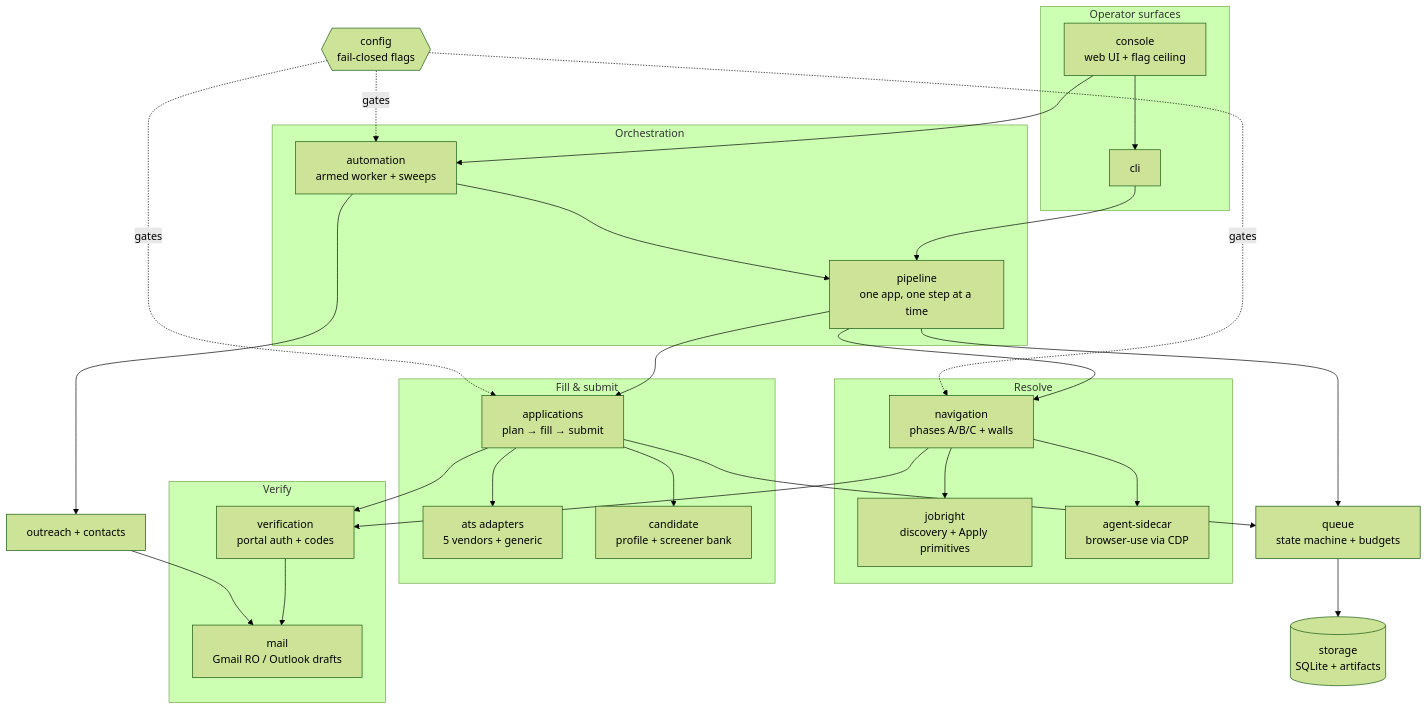
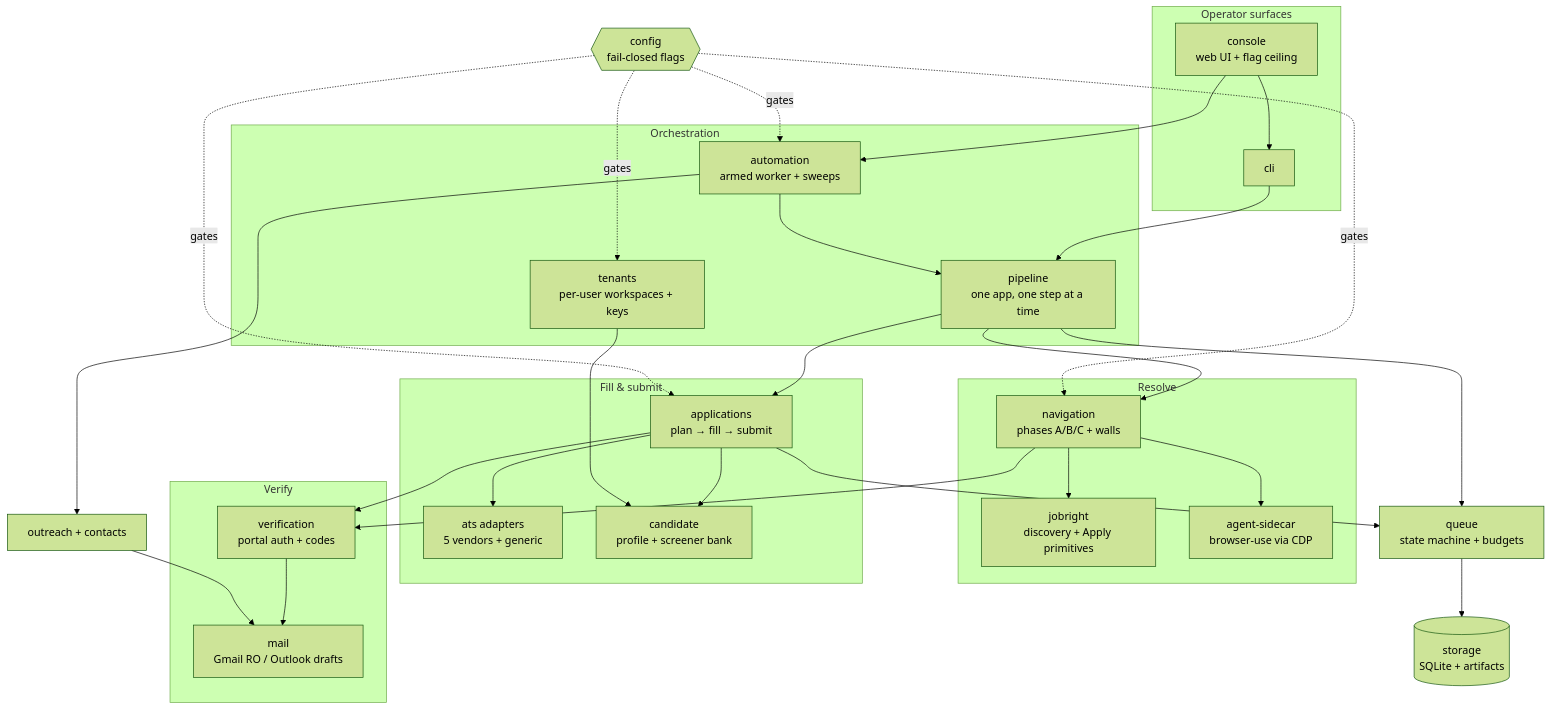
Before and after one commit to skale-07/dispatch: the diagram in docs/knowledge-graph/README.md, drawn with Mermaid (forest theme). The commit also changed 8 other files, not shown here.

First line of the commit message:
feat(crypto): candidate key provider seam + per-tenant HKDF keys; tenants/paths+keys+secrets (plan M13)

````diff
--- a/docs/knowledge-graph/README.md
+++ b/docs/knowledge-graph/README.md
@@ -32,51 +32,54 @@
 ```mermaid
 flowchart TB
   subgraph surfaces [Operator surfaces]
     console[console<br/>web UI + flag ceiling]
     cli[cli]
   end
   subgraph orch [Orchestration]
     automation[automation<br/>armed worker + sweeps]
     pipeline[pipeline<br/>one app, one step at a time]
+    tenants[tenants<br/>per-user workspaces + keys]
   end
   subgraph resolve [Resolve]
     jobright[jobright<br/>discovery + Apply primitives]
     navigation[navigation<br/>phases A/B/C + walls]
     agent[agent-sidecar<br/>browser-use via CDP]
   end
   subgraph fill [Fill & submit]
     applications[applications<br/>plan → fill → submit]
     ats[ats adapters<br/>5 vendors + generic]
     candidate[candidate<br/>profile + screener bank]
   end
   subgraph verify [Verify]
     verification[verification<br/>portal auth + codes]
     mail[mail<br/>Gmail RO / Outlook drafts]
   end
   outreach[outreach + contacts]
   queue[queue<br/>state machine + budgets]
   storage[(storage<br/>SQLite + artifacts)]
   config{{config<br/>fail-closed flags}}
 
   console --> automation
   console --> cli
   cli --> pipeline
   automation --> pipeline
   automation --> outreach
   pipeline --> navigation
   pipeline --> applications
   pipeline --> queue
   navigation --> jobright
   navigation --> agent
   navigation --> verification
   applications --> ats
   applications --> candidate
   applications --> verification
   applications --> queue
   verification --> mail
   outreach --> mail
   queue --> storage
   config -.gates.-> applications
   config -.gates.-> navigation
   config -.gates.-> automation
+  tenants --> candidate
+  config -.gates.-> tenants
 ```
````
